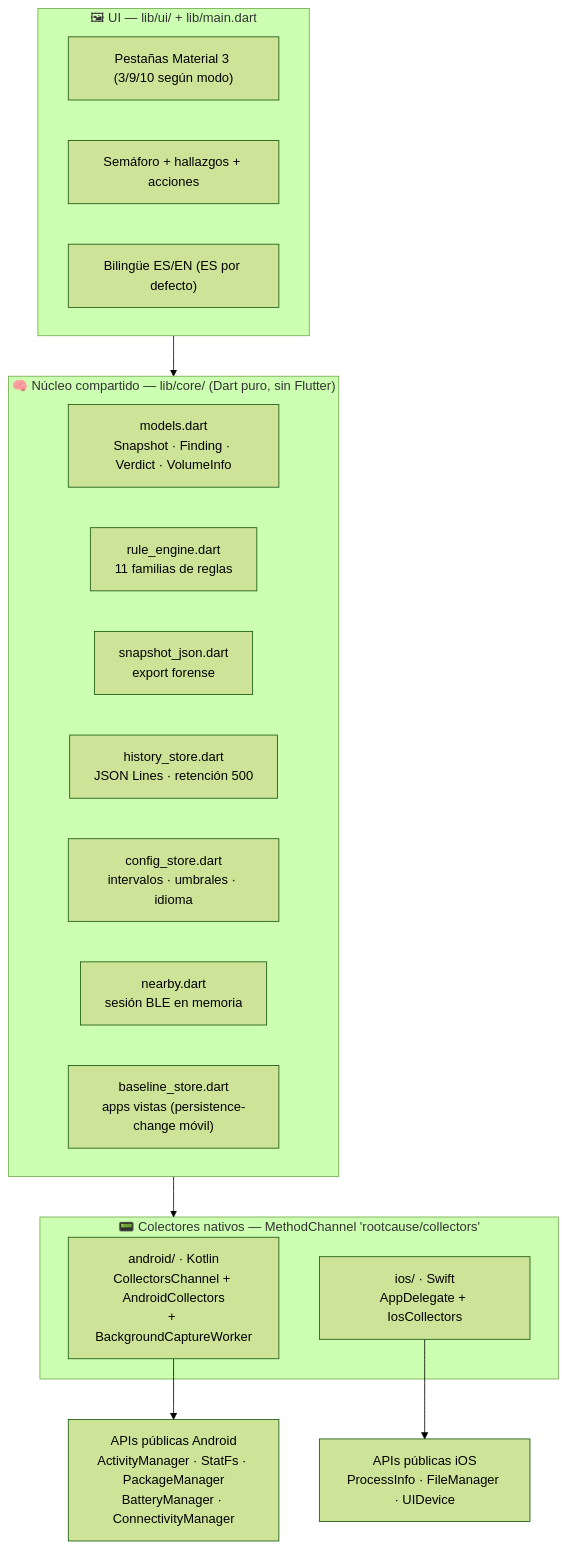
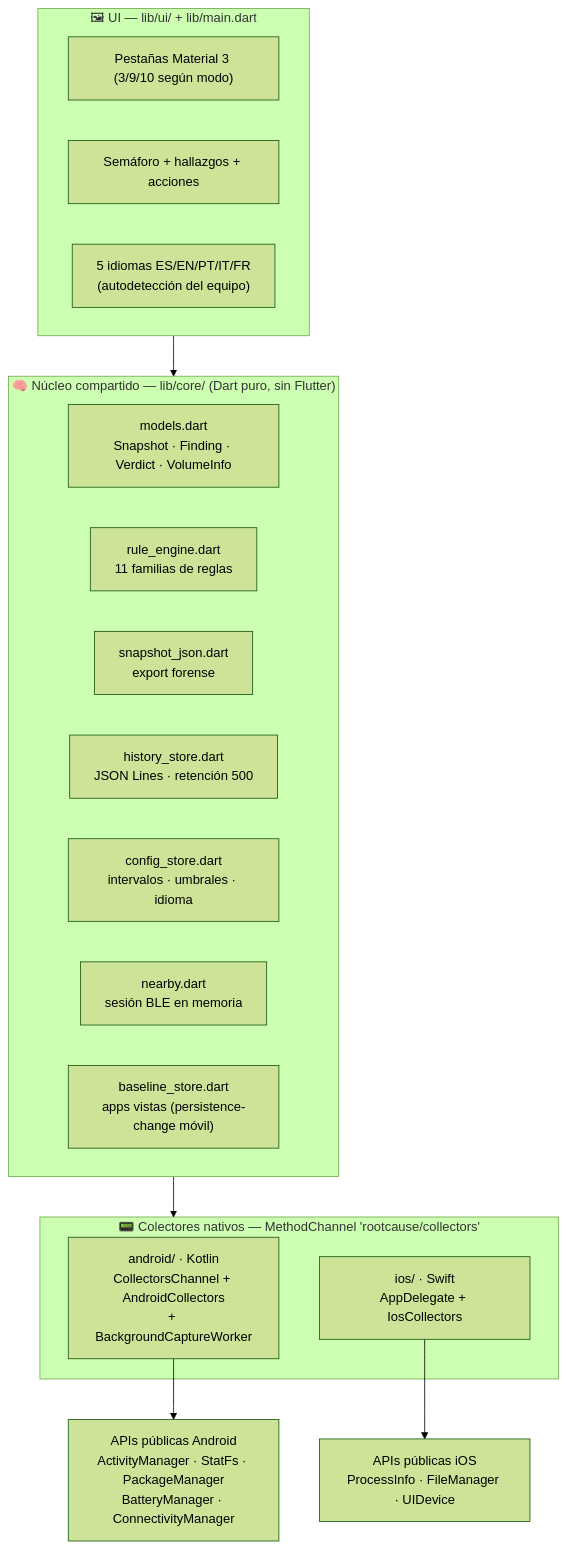
Before and after one commit to vladimiracunadev-create/rootcause-mobile-inspector: the first of 2 diagrams in docs/ARCHITECTURE.md, drawn with Mermaid (forest theme). The commit also changed other lines of this file and 12 other files, not shown here.

````diff
--- a/docs/ARCHITECTURE.md
+++ b/docs/ARCHITECTURE.md
@@ -7,28 +7,28 @@
 ```mermaid
 flowchart TB
     subgraph UI["🖼 UI — lib/ui/ + lib/main.dart"]
         TABS["Pestañas Material 3 (3/9/10 según modo)"]
         SEM["Semáforo + hallazgos + acciones"]
-        I18N["Bilingüe ES/EN (ES por defecto)"]
+        I18N["5 idiomas ES/EN/PT/IT/FR<br/>(autodetección del equipo)"]
     end
 
     subgraph CORE["🧠 Núcleo compartido — lib/core/ (Dart puro, sin Flutter)"]
         MODELS["models.dart<br/>Snapshot · Finding · Verdict · VolumeInfo"]
         ENGINE["rule_engine.dart<br/>11 familias de reglas"]
         JSON["snapshot_json.dart<br/>export forense"]
         HIST["history_store.dart<br/>JSON Lines · retención 500"]
         CFG["config_store.dart<br/>intervalos · umbrales · idioma"]
         NEAR["nearby.dart<br/>sesión BLE en memoria"]
         BASE["baseline_store.dart<br/>apps vistas (persistence-change móvil)"]
     end
 
     subgraph NATIVE["📟 Colectores nativos — MethodChannel 'rootcause/collectors'"]
         KT["android/ · Kotlin<br/>CollectorsChannel + AndroidCollectors<br/>+ BackgroundCaptureWorker"]
         SW["ios/ · Swift<br/>AppDelegate + IosCollectors"]
     end
 
     UI --> CORE
     CORE --> NATIVE
     KT --> API_A["APIs públicas Android<br/>ActivityManager · StatFs · PackageManager<br/>BatteryManager · ConnectivityManager"]
     SW --> API_I["APIs públicas iOS<br/>ProcessInfo · FileManager · UIDevice"]
 ```
````
